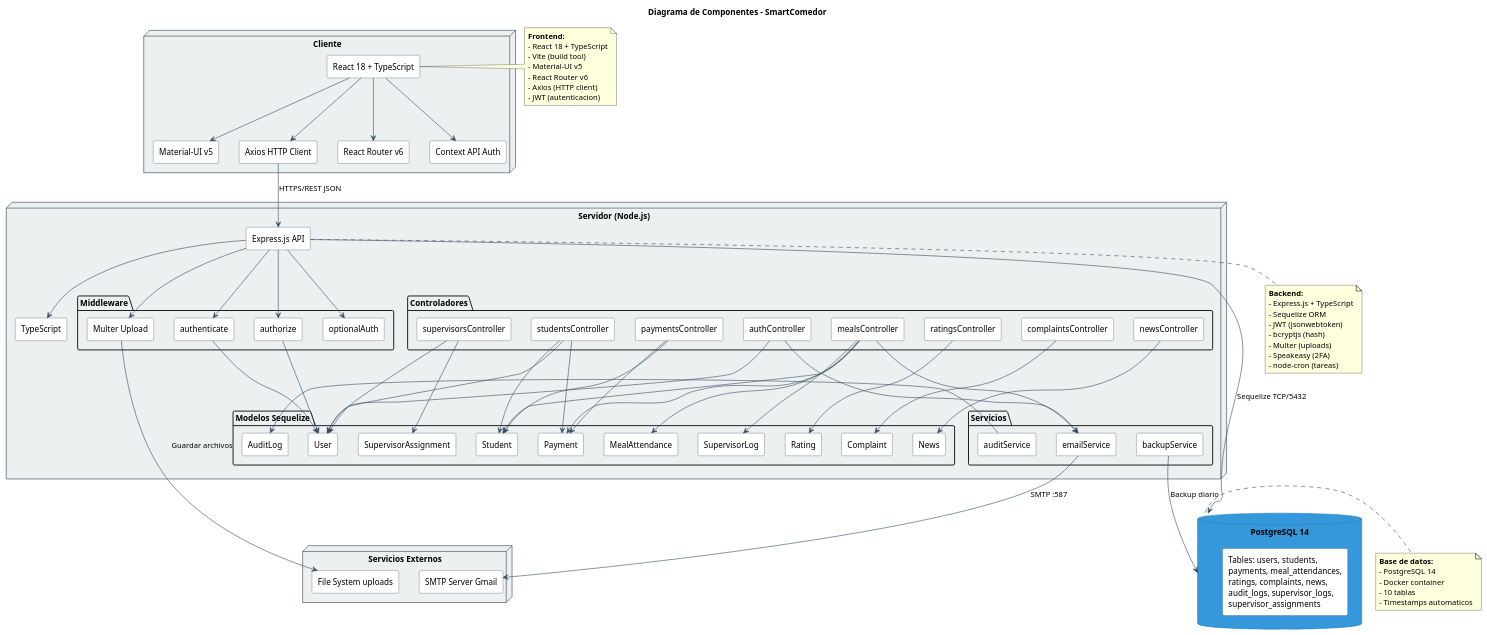
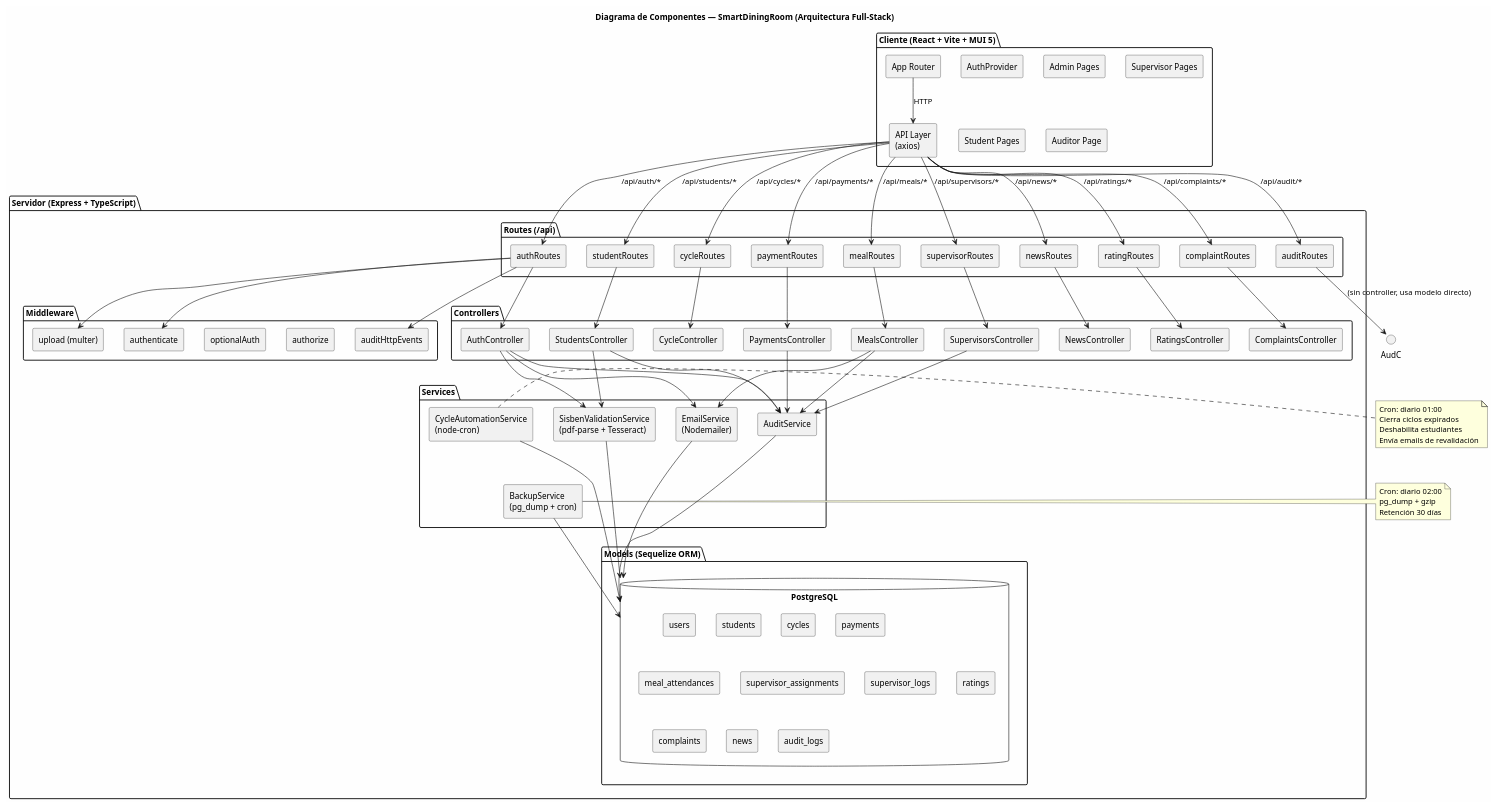
The diagram in diagrams/components.puml (astivens/SmartDinningRoom), drawn with PlantUML before and after one commit. The commit also changed 593 other files, not shown here.

```diff
--- a/diagrams/components.puml
+++ b/diagrams/components.puml
@@ -1,148 +1,140 @@
-@startuml
-title Diagrama de Componentes - SmartComedor
+@startuml components
+skinparam monochrome false
+skinparam backgroundColor #FEFEFE
+skinparam componentStyle rectangle
 
-skinparam {
-  componentStyle rectangle
-  componentBackgroundColor #FFFFFF
-  componentBorderColor #2C3E50
-  databaseBackgroundColor #3498DB
-  databaseBorderColor #2980B9
-  nodeBackgroundColor #ECF0F1
-  nodeBorderColor #2C3E50
-  arrowColor #34495E
+title Diagrama de Componentes — SmartDiningRoom (Arquitectura Full-Stack)
+
+package "Cliente (React + Vite + MUI 5)" {
+  [App Router] as AppRouter
+  [AuthProvider] as AuthCtx
+  [API Layer\n(axios)] as ClientAPI
+  [Admin Pages] as AdminUI
+  [Supervisor Pages] as SupUI
+  [Student Pages] as StdUI
+  [Auditor Page] as AudUI
 }
 
-' Cliente
-node "Cliente" as ClientNode {
-  [React 18 + TypeScript] as FE
-  [Material-UI v5] as MUI
-  [Axios HTTP Client] as HTTP
-  [React Router v6] as Router
-  [Context API Auth] as AuthCtx
-  
-  FE --> MUI
-  FE --> Router
-  FE --> AuthCtx
-  FE --> HTTP
+package "Servidor (Express + TypeScript)" {
+  package "Routes (/api)" {
+    [authRoutes] as AuthR
+    [studentRoutes] as StdR
+    [cycleRoutes] as CycleR
+    [paymentRoutes] as PayR
+    [mealRoutes] as MealR
+    [supervisorRoutes] as SupR
+    [newsRoutes] as NewsR
+    [ratingRoutes] as RatR
+    [complaintRoutes] as CmpR
+    [auditRoutes] as AudR
+  }
+
+  package "Middleware" {
+    [authenticate] as AuthMW
+    [authorize] as AuthzMW
+    [optionalAuth] as OptMW
+    [upload (multer)] as UpMW
+    [auditHttpEvents] as AudMW
+  }
+
+  package "Controllers" {
+    [AuthController] as AuthC
+    [StudentsController] as StdC
+    [CycleController] as CycleC
+    [MealsController] as MealC
+    [PaymentsController] as PayC
+    [SupervisorsController] as SupC
+    [NewsController] as NewsC
+    [ComplaintsController] as CmpC
+    [RatingsController] as RatC
+  }
+
+  package "Services" {
+    [EmailService\n(Nodemailer)] as EmailS
+    [AuditService] as AudS
+    [SisbenValidationService\n(pdf-parse + Tesseract)] as SisS
+    [CycleAutomationService\n(node-cron)] as CycS
+    [BackupService\n(pg_dump + cron)] as BkpS
+  }
+
+  package "Models (Sequelize ORM)" {
+    database "PostgreSQL" as DB {
+      [users]
+      [students]
+      [cycles]
+      [payments]
+      [meal_attendances]
+      [supervisor_assignments]
+      [supervisor_logs]
+      [ratings]
+      [complaints]
+      [news]
+      [audit_logs]
+    }
+  }
 }
 
-' Backend
-node "Servidor (Node.js)" as ServerNode {
-  [Express.js API] as API
-  [TypeScript] as TS
-  
-  package "Middleware" {
-    [authenticate] as authMW
-    [authorize] as authzMW
-    [optionalAuth] as optAuthMW
-    [Multer Upload] as multerMW
-  }
-  
-  package "Controladores" {
-    [authController]
-    [studentsController]
-    [paymentsController]
-    [mealsController]
-    [supervisorsController]
-    [ratingsController]
-    [complaintsController]
-    [newsController]
-  }
-  
-  package "Modelos Sequelize" {
-    [User]
-    [Student]
-    [Payment]
-    [MealAttendance]
-    [SupervisorLog]
-    [Rating]
-    [Complaint]
-    [News]
-    [AuditLog]
-    [SupervisorAssignment]
-  }
-  
-  package "Servicios" {
-    [emailService]
-    [auditService]
-    [backupService]
-  }
-  
-  API --> TS
-  API --> authMW
-  API --> authzMW
-  API --> optAuthMW
-  API --> multerMW
-  
-  authMW --> [User]
-  authzMW --> [User]
-  [authController] --> [User]
-  [studentsController] --> [User]
-  [studentsController] --> [Student]
-  [studentsController] --> [Payment]
-  [paymentsController] --> [Payment]
-  [paymentsController] --> [Student]
-  [mealsController] --> [MealAttendance]
-  [mealsController] --> [Student]
-  [mealsController] --> [Payment]
-  [mealsController] --> [SupervisorLog]
-  [supervisorsController] --> [User]
-  [supervisorsController] --> [SupervisorAssignment]
-  [ratingsController] --> [Rating]
-  [complaintsController] --> [Complaint]
-  [newsController] --> [News]
-  
-  [mealsController] --> [emailService]
-  [authController] --> [emailService]
-  [auditService] --> [AuditLog]
-}
+' Conexiones cliente-servidor
+AppRouter --> ClientAPI : HTTP
+ClientAPI --> AuthR : /api/auth/*
+ClientAPI --> StdR : /api/students/*
+ClientAPI --> CycleR : /api/cycles/*
+ClientAPI --> PayR : /api/payments/*
+ClientAPI --> MealR : /api/meals/*
+ClientAPI --> SupR : /api/supervisors/*
+ClientAPI --> NewsR : /api/news/*
+ClientAPI --> RatR : /api/ratings/*
+ClientAPI --> CmpR : /api/complaints/*
+ClientAPI --> AudR : /api/audit/*
 
-' Base de datos
-database "PostgreSQL 14" as DB {
-  [Tables: users, students,\npayments, meal_attendances,\nratings, complaints, news,\naudit_logs, supervisor_logs,\nsupervisor_assignments]
-}
+' Routes -> Controllers
+AuthR --> AuthC
+StdR --> StdC
+CycleR --> CycleC
+PayR --> PayC
+MealR --> MealC
+SupR --> SupC
+NewsR --> NewsC
+RatR --> RatC
+CmpR --> CmpC
+AudR --> AudC : (sin controller, usa modelo directo)
 
-' Servicios externos
-node "Servicios Externos" as ExternalNode {
-  [SMTP Server Gmail] as SMTP
-  [File System uploads] as FS
-}
+' Middleware
+AuthR --> AuthMW
+AuthR --> UpMW
+AuthR --> AudMW
 
-' Conexiones externas
-HTTP -down-> API : HTTPS/REST JSON
-API -down-> DB : Sequelize TCP/5432
-[emailService] -down-> SMTP : SMTP :587
-[multerMW] -right-> FS : Guardar archivos
-[backupService] -down-> DB : Backup diario
+' Controllers -> Services
+AuthC --> EmailS
+AuthC --> AudS
+AuthC --> SisS
+StdC --> AudS
+StdC --> SisS
+PayC --> AudS
+MealC --> EmailS
+MealC --> AudS
+SupC --> AudS
 
-' Notas
-note right of FE
-  **Frontend:**
-  - React 18 + TypeScript
-  - Vite (build tool)
-  - Material-UI v5
-  - React Router v6
-  - Axios (HTTP client)
-  - JWT (autenticacion)
+' Services -> Models
+AudS --> DB
+EmailS --> DB
+SisS --> DB
+CycS --> DB
+BkpS --> DB
+
+' Schedulers
+CycS -[hidden]-> BkpS
+note right of CycS
+  Cron: diario 01:00
+  Cierra ciclos expirados
+  Deshabilita estudiantes
+  Envía emails de revalidación
 end note
 
-note bottom of API
-  **Backend:**
-  - Express.js + TypeScript
-  - Sequelize ORM
-  - JWT (jsonwebtoken)
-  - bcryptjs (hash)
-  - Multer (uploads)
-  - Speakeasy (2FA)
-  - node-cron (tareas)
-end note
-
-note right of DB
-  **Base de datos:**
-  - PostgreSQL 14
-  - Docker container
-  - 10 tablas
-  - Timestamps automaticos
+note right of BkpS
+  Cron: diario 02:00
+  pg_dump + gzip
+  Retención 30 días
 end note
 
 @enduml
```
